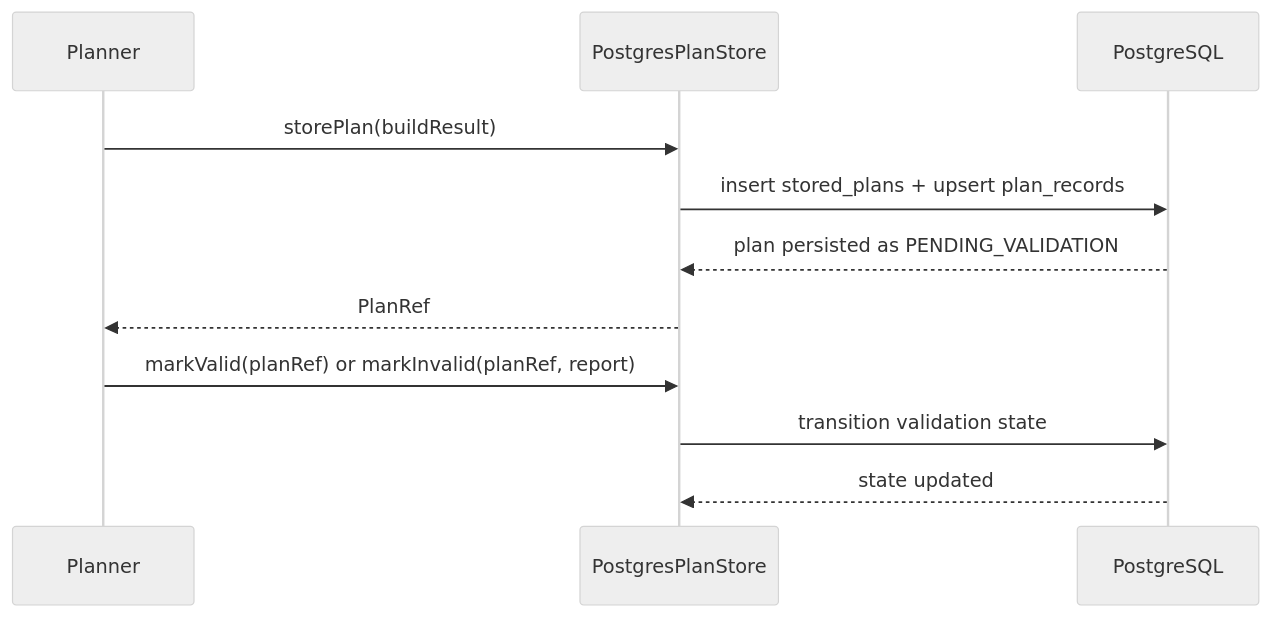
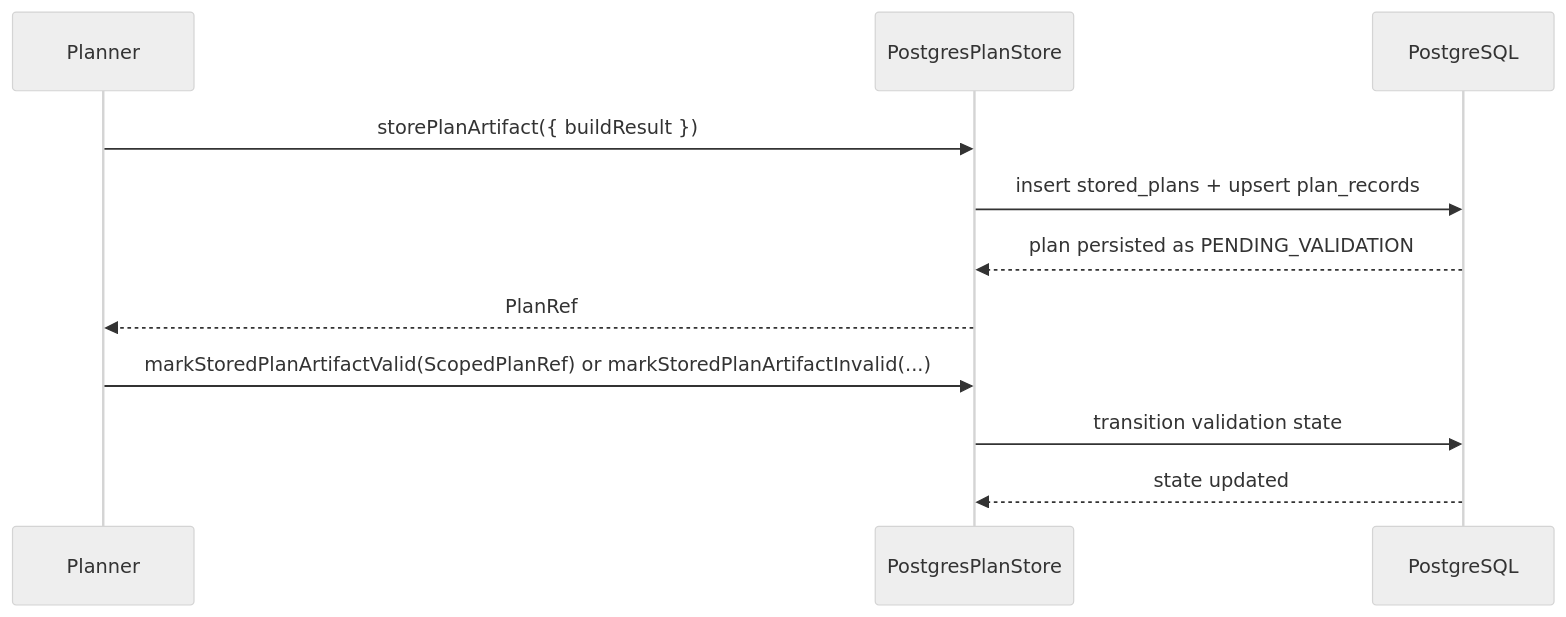
The first of 3 diagrams in docs/guides/postgres-plan-store-user-manual-20260403.md (dunay2/dvt), drawn with Mermaid (neutral theme) before and after one commit. The commit also changed other lines of this file and 32 other files, not shown here.

Commit message:
docs(docs): Document scoped plan-store ownership

````diff
--- a/docs/guides/postgres-plan-store-user-manual-20260403.md
+++ b/docs/guides/postgres-plan-store-user-manual-20260403.md
@@ -27,15 +29,15 @@
 ```mermaid
 sequenceDiagram
   participant Planner
   participant Store as PostgresPlanStore
   participant DB as PostgreSQL
 
-  Planner->>Store: storePlan(buildResult)
+  Planner->>Store: storePlanArtifact({ buildResult })
   Store->>DB: insert stored_plans + upsert plan_records
   DB-->>Store: plan persisted as PENDING_VALIDATION
   Store-->>Planner: PlanRef
 
-  Planner->>Store: markValid(planRef) or markInvalid(planRef, report)
+  Planner->>Store: markStoredPlanArtifactValid(ScopedPlanRef) or markStoredPlanArtifactInvalid(...)
   Store->>DB: transition validation state
   DB-->>Store: state updated
 ```
````
